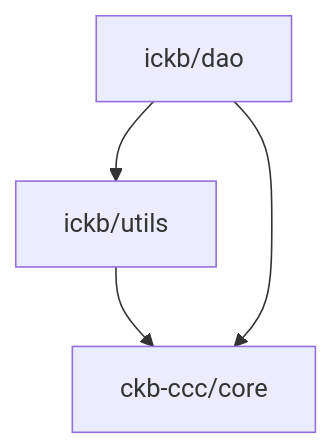
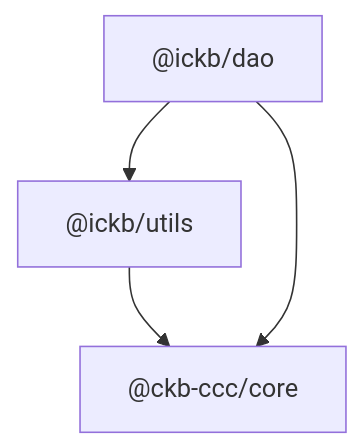
The diagram in packages/dao/README.md (ickb/stack), drawn with Mermaid before and after one commit.

Commit message:
Add back @ symbols and links to Mermaid dependency graph %3

````diff
--- a/packages/dao/README.md
+++ b/packages/dao/README.md
@@ -7,6 +7,10 @@
 ```mermaid
 graph TD;
-    A[ickb/utils] --> B[ckb-ccc/core];
-    C[ickb/dao] --> A[ickb/utils];
-    C --> B[ckb-ccc/core];
+    A["@ickb/utils"] --> B["@ckb-ccc/core"];
+    C["@ickb/dao"] --> A;
+    C --> B;
+
+    click A "https://github.com/ickb/utils" "Go to @ickb/utils"
+    click B "https://github.com/ckb-devrel/ccc/tree/master/packages/core" "Go to @ckb-ccc/core"
+    click C "https://github.com/ickb/dao" "Go to @ickb/dao"
 ```
````
